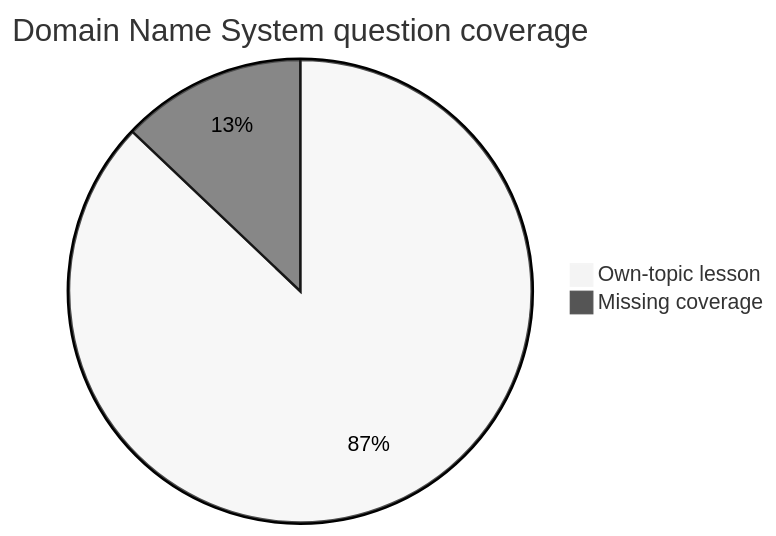
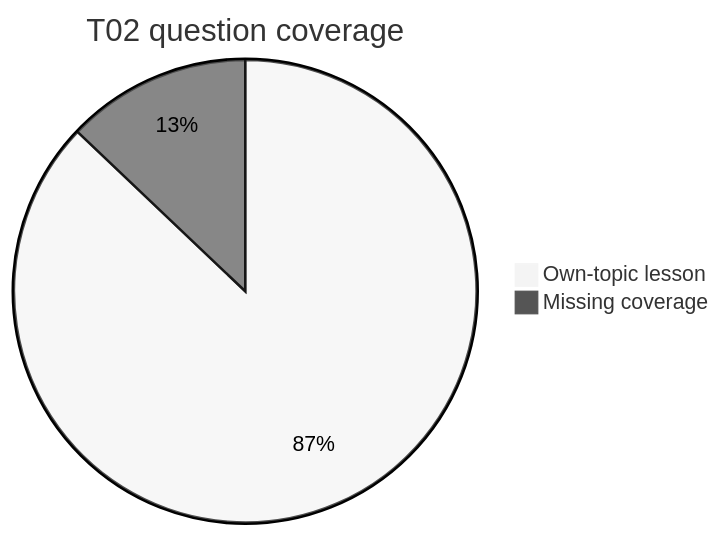
One commit to Zakoroo/computer_networks changed the third of 6 diagrams in PROGRESS.md. Above: the diagram before and after it, drawn with Mermaid (neutral theme). The commit also changed other lines of this file and 7 other files, not shown here.

First line of the commit message:
Add quiz filtering tool and improve chart readability

````diff
--- a/PROGRESS.md
+++ b/PROGRESS.md
@@ -51,5 +51,5 @@
 ```mermaid
-pie title Domain Name System question coverage
+pie title T02 question coverage
     "Own-topic lesson" : 27
     "Missing coverage" : 4
 ```
````
